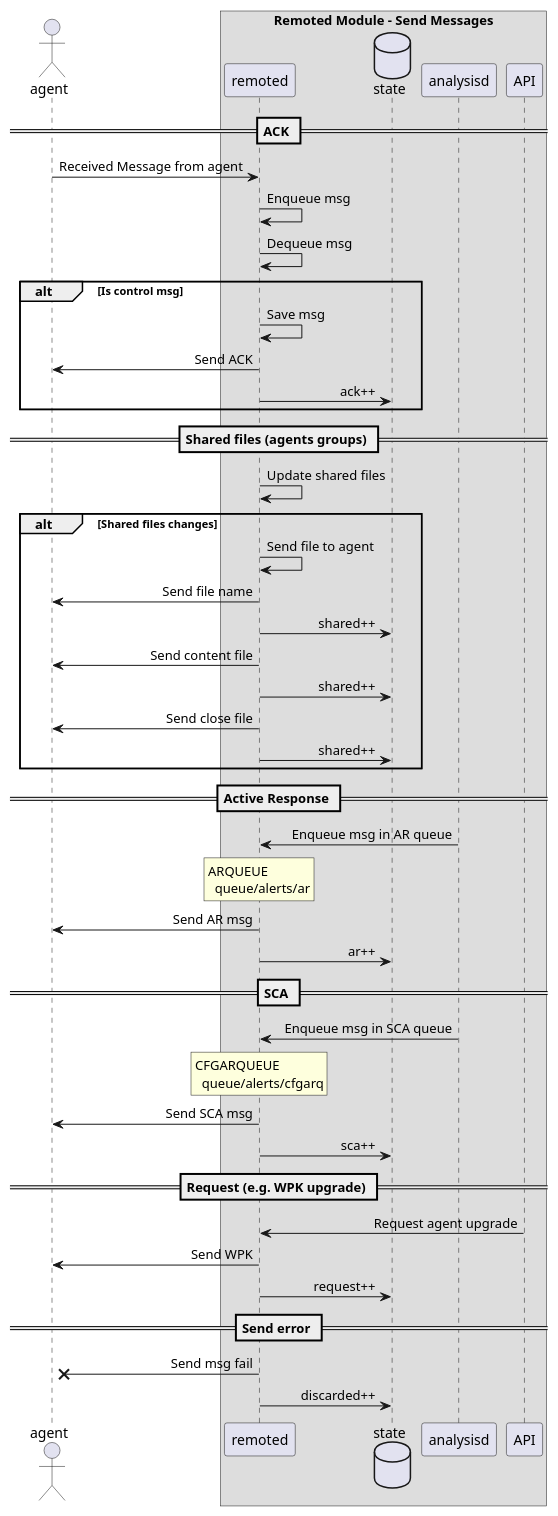
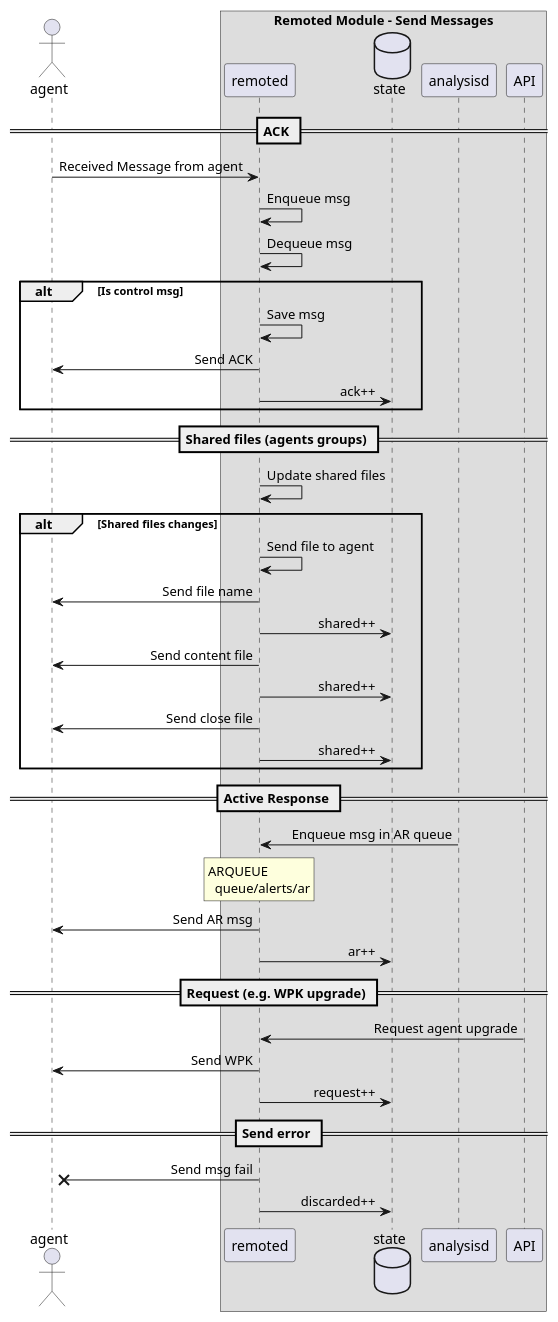
One commit to wazuh/wazuh changed the diagram in architecture/metrics/002-remoted-send.puml. Above: the diagram before and after it, drawn with PlantUML. The commit also changed 8 other files, not shown here.

```diff
--- a/architecture/metrics/002-remoted-send.puml
+++ b/architecture/metrics/002-remoted-send.puml
@@ -5,61 +5,52 @@
 @startuml remoted-send
 
     actor agent
     box "Remoted Module - Send Messages"
     participant remoted
     database state
     participant analysisd
     participant API
     end box
     skinparam sequenceMessageAlign right
 
     == ACK ==
     agent -> remoted : Received Message from agent
     remoted -> remoted : Enqueue msg
     remoted -> remoted : Dequeue msg
     alt Is control msg
         remoted -> remoted: Save msg
         remoted -> agent: Send ACK
         remoted -> state: ack++
     end
 
     == Shared files (agents groups) ==
     remoted -> remoted: Update shared files
     alt Shared files changes
         remoted -> remoted: Send file to agent
         remoted -> agent: Send file name
         remoted -> state: shared++
         remoted -> agent: Send content file
         remoted -> state: shared++
         remoted -> agent: Send close file
         remoted -> state: shared++
     end
 
     == Active Response ==
     analysisd -> remoted : Enqueue msg in AR queue
     rnote over remoted
       ARQUEUE
         queue/alerts/ar
     endrnote
     remoted -> agent: Send AR msg
     remoted -> state: ar++
 
-    == SCA ==
-    analysisd -> remoted : Enqueue msg in SCA queue
-    rnote over remoted
-      CFGARQUEUE
-        queue/alerts/cfgarq
-    endrnote
-    remoted -> agent: Send SCA msg
-    remoted -> state: sca++
-
     == Request (e.g. WPK upgrade) ==
     API -> remoted: Request agent upgrade
     remoted -> agent: Send WPK
     remoted -> state: request++
 
     == Send error ==
     remoted ->x agent: Send msg fail
     remoted -> state: discarded++
 
 @enduml
```
